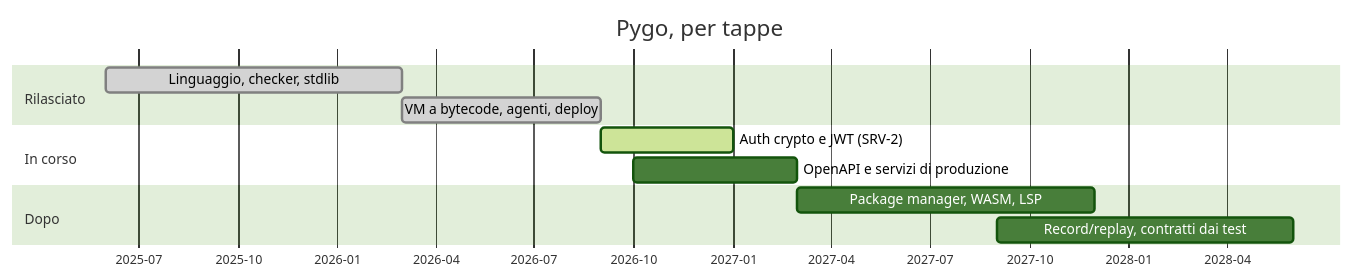
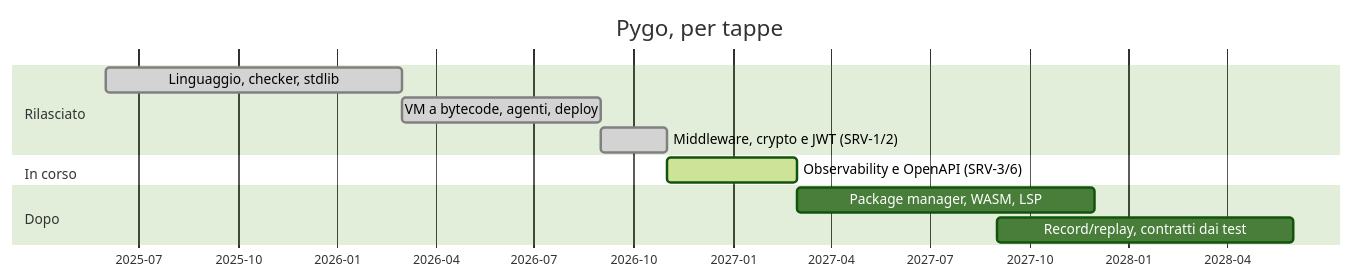
The third of 3 diagrams in README.md (marcodc74/pygo), drawn with Mermaid (forest theme) before and after one commit. The commit also changed other lines of this file and 15 other files, not shown here.

First line of the commit message:
Add crypto and jwt (SRV-2): hashing, HMAC, PBKDF2 and HS256 tokens

````diff
--- a/README.md
+++ b/README.md
@@ -447,15 +448,15 @@
 ```mermaid
 gantt
     title Pygo, per tappe
     dateFormat YYYY-MM-DD
     axisFormat %Y-%m
     section Rilasciato
     Linguaggio, checker, stdlib        :done, 2025-06-01, 2026-03-01
     VM a bytecode, agenti, deploy      :done, 2026-03-01, 2026-09-01
+    Middleware, crypto e JWT (SRV-1/2) :done, 2026-09-01, 2026-11-01
     section In corso
-    Auth crypto e JWT (SRV-2)          :active, 2026-09-01, 2027-01-01
-    OpenAPI e servizi di produzione    :2026-10-01, 2027-03-01
+    Observability e OpenAPI (SRV-3/6)  :active, 2026-11-01, 2027-03-01
     section Dopo
     Package manager, WASM, LSP         :2027-03-01, 2027-12-01
     Record/replay, contratti dai test  :2027-09-01, 2028-06-01
 ```
````
